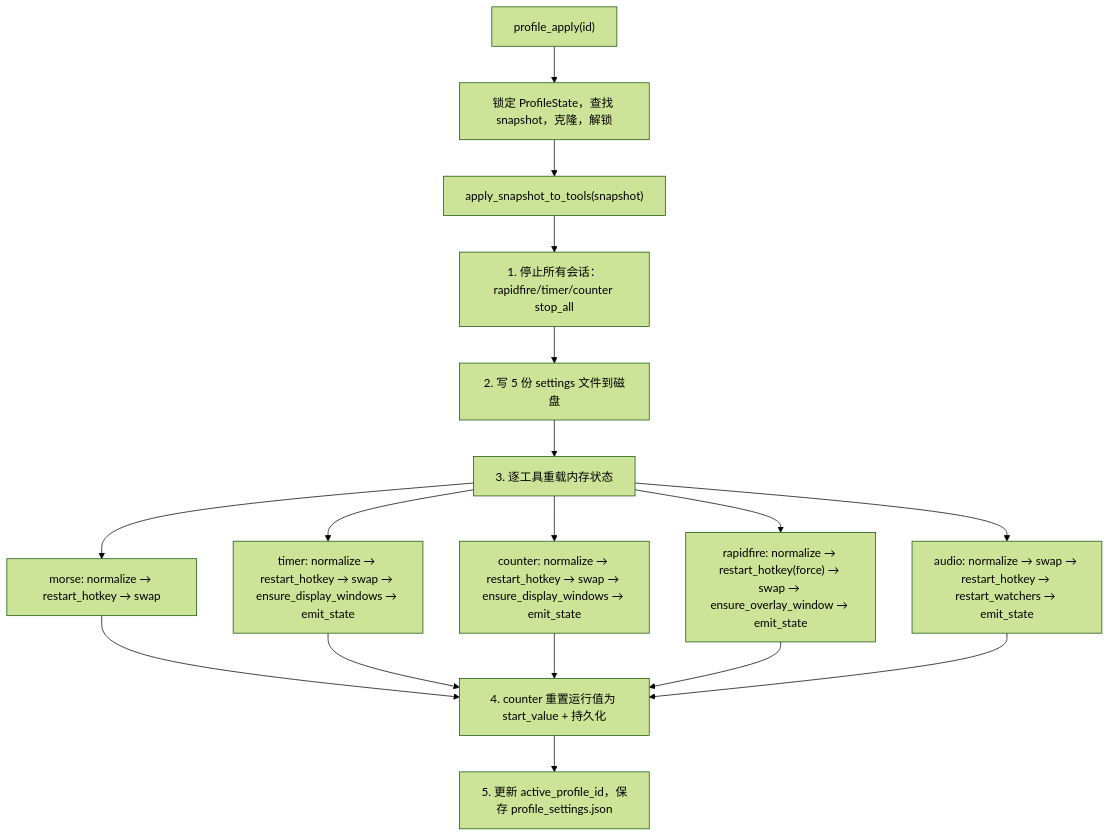
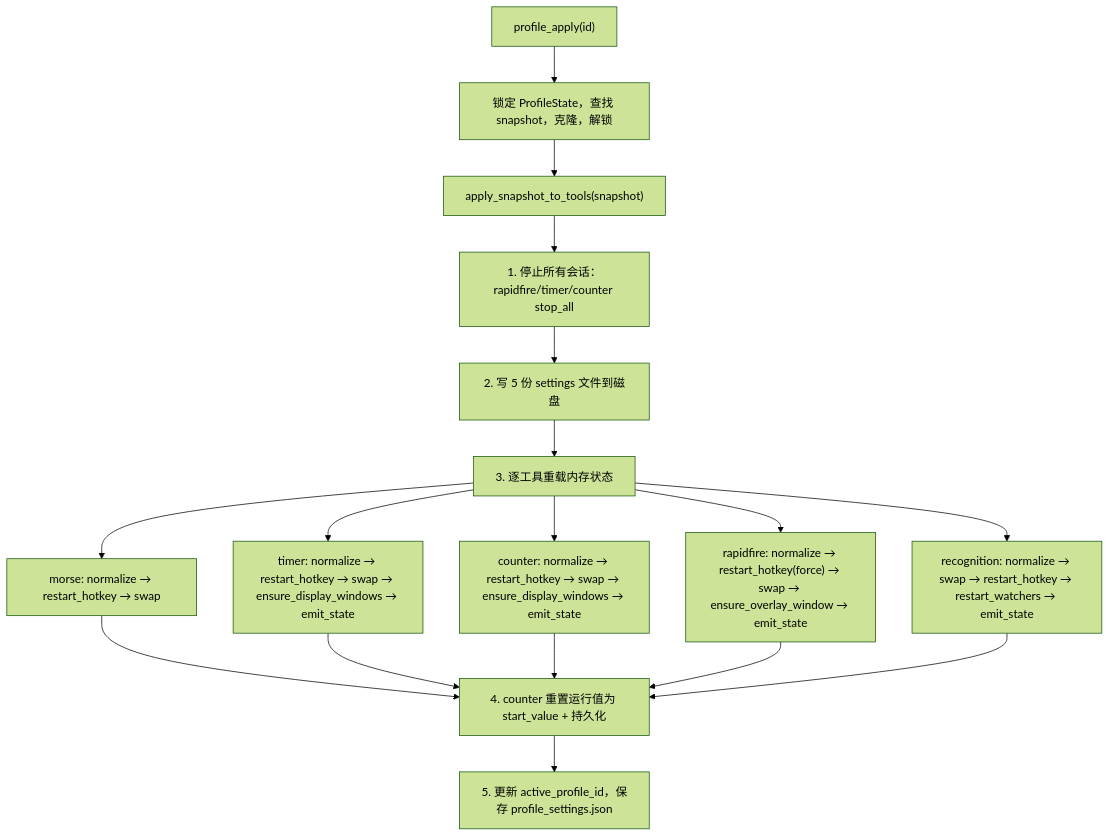
One commit to IZRINO/delta-auto-tools changed the first of 2 diagrams in droid-wiki/systems/profile-system.md. Above: the diagram before and after it, drawn with Mermaid (forest theme). The commit also changed other lines of this file and 48 other files, not shown here.

````diff
--- a/droid-wiki/systems/profile-system.md
+++ b/droid-wiki/systems/profile-system.md
@@ -52,15 +52,15 @@
 ```mermaid
 flowchart TD
     A["profile_apply(id)"] --> B["锁定 ProfileState，查找 snapshot，克隆，解锁"]
     B --> C["apply_snapshot_to_tools(snapshot)"]
     C --> D["1. 停止所有会话：rapidfire/timer/counter stop_all"]
     D --> E["2. 写 5 份 settings 文件到磁盘"]
     E --> F["3. 逐工具重载内存状态"]
     F --> F1["morse: normalize → restart_hotkey → swap"]
     F --> F2["timer: normalize → restart_hotkey → swap → ensure_display_windows → emit_state"]
     F --> F3["counter: normalize → restart_hotkey → swap → ensure_display_windows → emit_state"]
     F --> F4["rapidfire: normalize → restart_hotkey(force) → swap → ensure_overlay_window → emit_state"]
-    F --> F5["audio: normalize → swap → restart_hotkey → restart_watchers → emit_state"]
+    F --> F5["recognition: normalize → swap → restart_hotkey → restart_watchers → emit_state"]
     F1 & F2 & F3 & F4 & F5 --> G["4. counter 重置运行值为 start_value + 持久化"]
     G --> H["5. 更新 active_profile_id，保存 profile_settings.json"]
 ```
````
